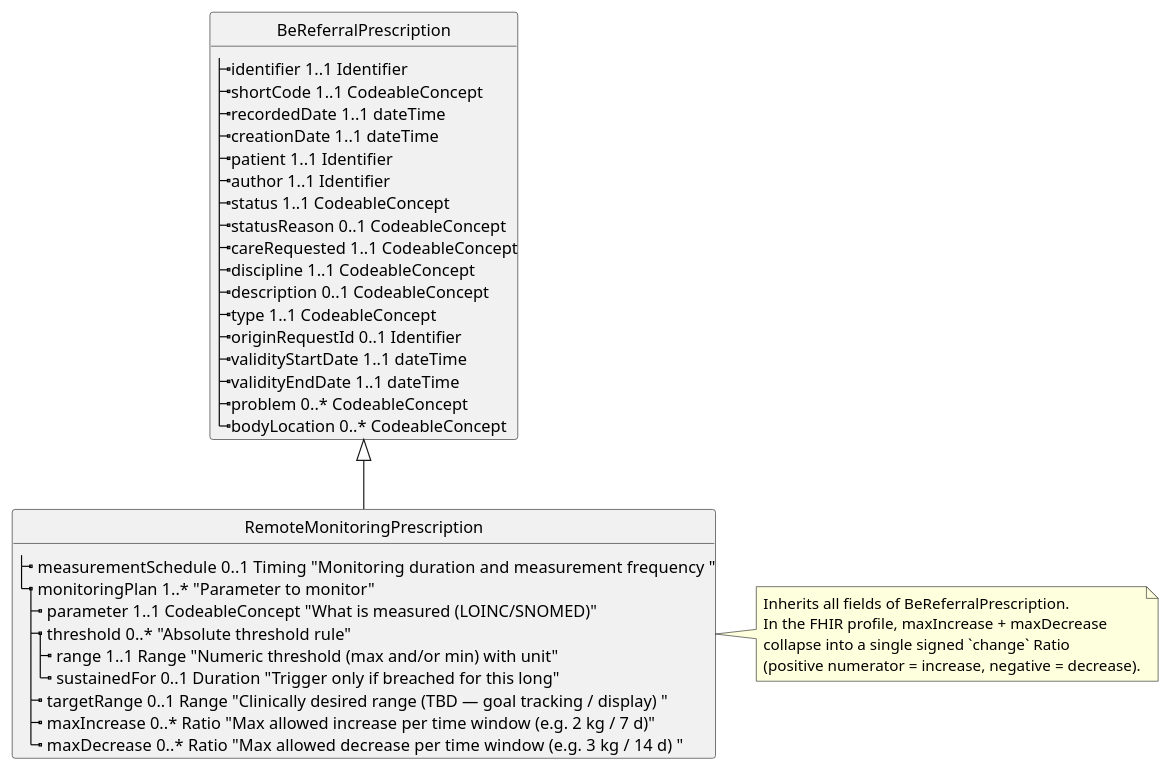
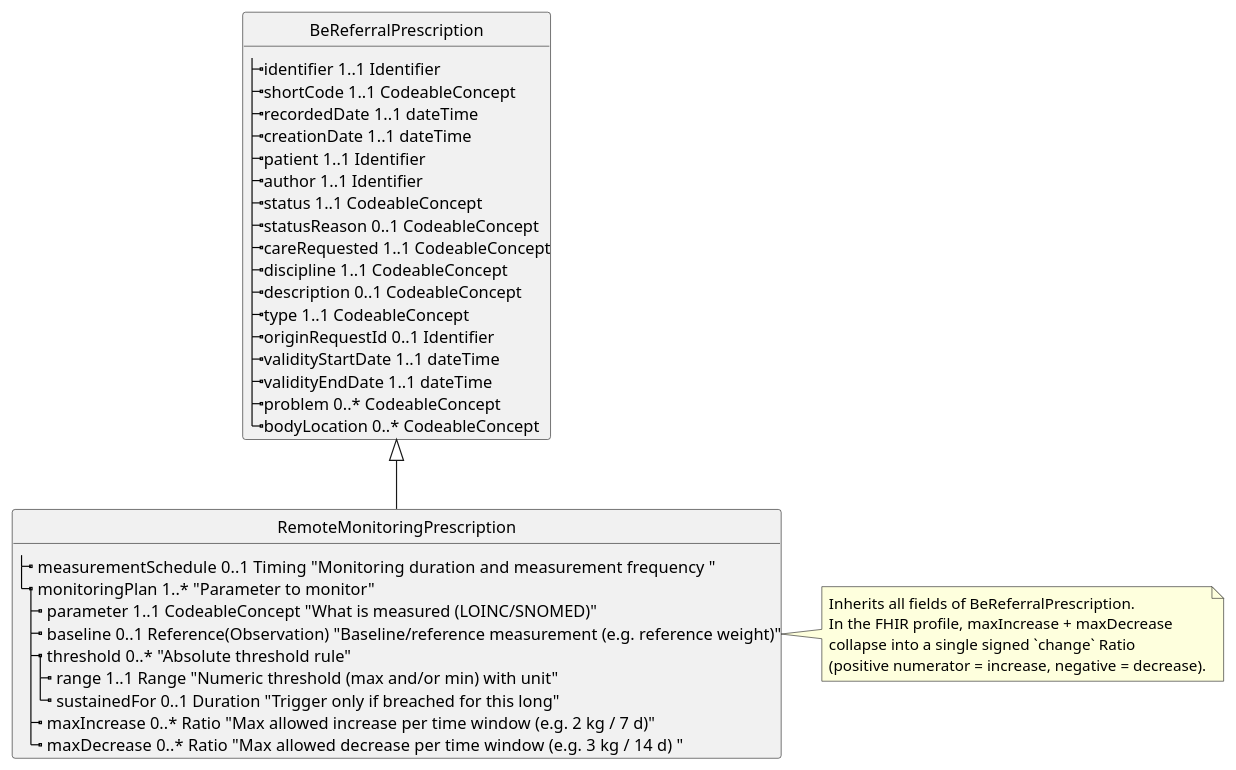
One commit to hl7-be/referral changed the diagram in input/images-source/lm-remote-monitoring-prescription.plantuml. Above: the diagram before and after it, drawn with PlantUML. The commit also changed 5 other files, not shown here.

First line of the commit message:
Telemonitoring: baseline reference, intent-or-prescription-type search, docs page

```diff
--- a/input/images-source/lm-remote-monitoring-prescription.plantuml
+++ b/input/images-source/lm-remote-monitoring-prescription.plantuml
@@ -1,45 +1,46 @@
 @startuml
 hide circle
 
 BeReferralPrescription <|-- RemoteMonitoringPrescription
 
 class BeReferralPrescription{
   |_identifier 1..1 Identifier 
   |_shortCode 1..1 CodeableConcept 
   |_recordedDate 1..1 dateTime
   |_creationDate 1..1 dateTime
   |_patient 1..1 Identifier 
   |_author 1..1 Identifier
   |_status 1..1 CodeableConcept
   |_statusReason 0..1 CodeableConcept
   |_careRequested 1..1 CodeableConcept
   |_discipline 1..1 CodeableConcept 
   |_description 0..1 CodeableConcept
   |_type 1..1 CodeableConcept 
   |_originRequestId 0..1 Identifier 
   |_validityStartDate 1..1 dateTime 
   |_validityEndDate 1..1 dateTime 
   |_problem 0..* CodeableConcept 
   |_bodyLocation 0..* CodeableConcept
 }
 
 class RemoteMonitoringPrescription{
   |_ measurementSchedule 0..1 Timing "Monitoring duration and measurement frequency  "
   |_ monitoringPlan 1..* "Parameter to monitor"
     |_ parameter 1..1 CodeableConcept "What is measured (LOINC/SNOMED)"
+    |_ baseline 0..1 Reference(Observation) "Baseline/reference measurement (e.g. reference weight)"
     |_ threshold 0..* "Absolute threshold rule"
       |_ range 1..1 Range "Numeric threshold (max and/or min) with unit"
       |_ sustainedFor 0..1 Duration "Trigger only if breached for this long"
-    |_ targetRange 0..1 Range "Clinically desired range (TBD — goal tracking / display) "
+'    |_ targetRange 0..1 Range "Clinically desired range (TBD — goal tracking / display) "
     |_ maxIncrease 0..* Ratio "Max allowed increase per time window (e.g. 2 kg / 7 d)"
     |_ maxDecrease 0..* Ratio "Max allowed decrease per time window (e.g. 3 kg / 14 d)  "
 }
 
 note right of RemoteMonitoringPrescription
   Inherits all fields of BeReferralPrescription.
   In the FHIR profile, maxIncrease + maxDecrease
   collapse into a single signed `change` Ratio
   (positive numerator = increase, negative = decrease).
 end note
 
 @enduml
```
